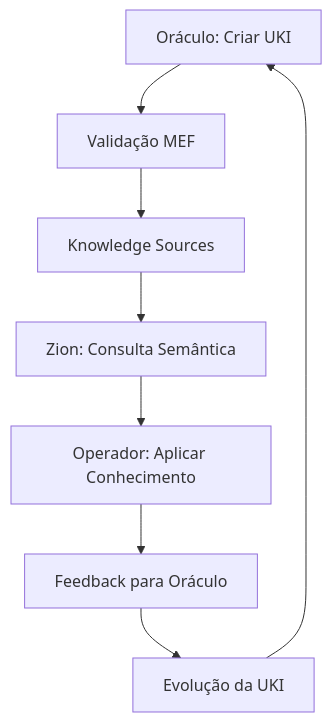
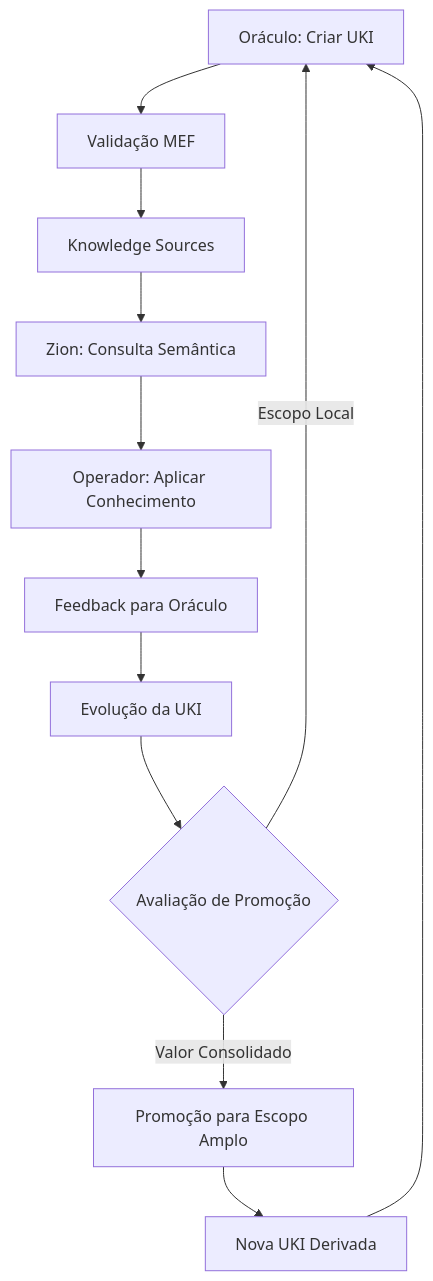
One commit to netomantonio/matrix-protocol changed the second of 4 diagrams in MATRIX_PROTOCOL.md. Above: the diagram before and after it, drawn with Mermaid. The commit also changed other lines of this file and 1 other file, not shown here.

````diff
--- a/MATRIX_PROTOCOL.md
+++ b/MATRIX_PROTOCOL.md
@@ -255,10 +256,14 @@
 ```mermaid
 graph TD
     A[Oráculo: Criar UKI] --> B[Validação MEF]
     B --> C[Knowledge Sources]
     C --> D[Zion: Consulta Semântica]
     D --> E[Operador: Aplicar Conhecimento]
     E --> F[Feedback para Oráculo]
     F --> G[Evolução da UKI]
-    G --> A
+    G --> H{Avaliação de Promoção}
+    H -->|Escopo Local| A
+    H -->|Valor Consolidado| I[Promoção para Escopo Amplo]
+    I --> J[Nova UKI Derivada]
+    J --> A
 ```
````
